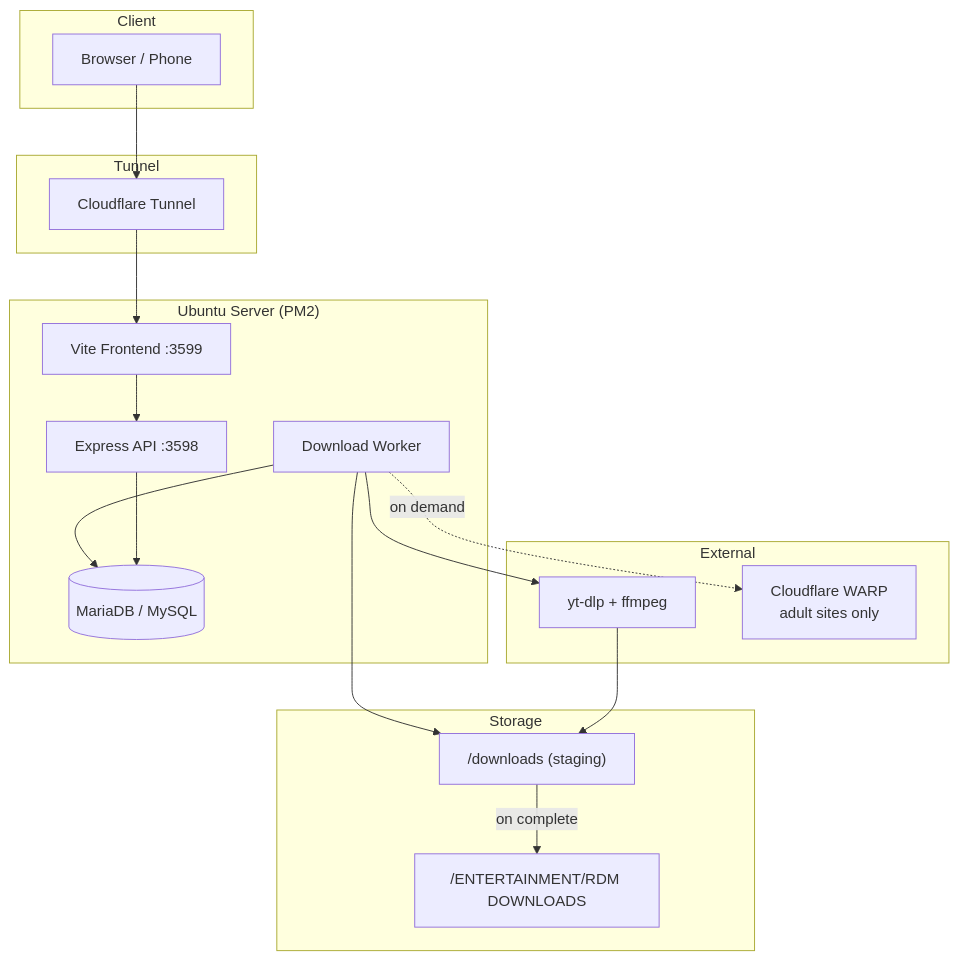
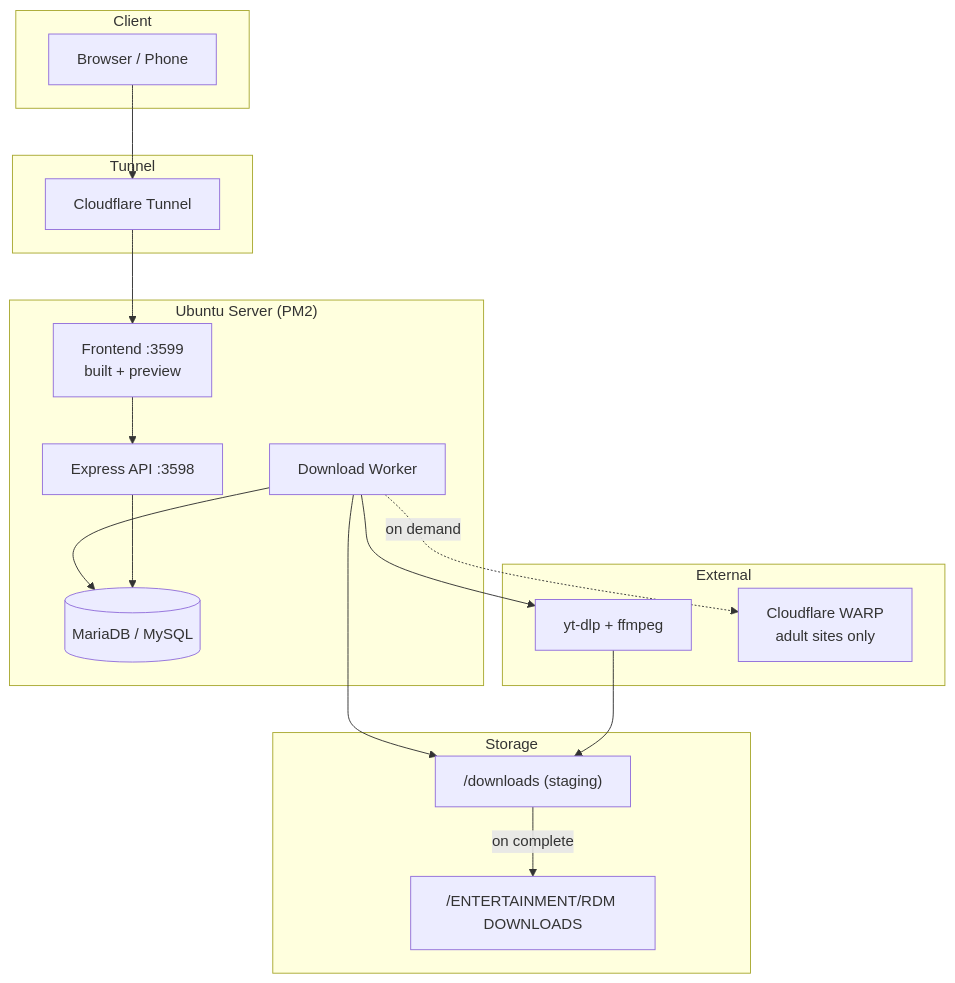
One commit to TechVatika/RDM---Remote-Download-Manager changed the diagram in README.md. Above: the diagram before and after it, drawn with Mermaid. The commit also changed other lines of this file and 5 other files, not shown here.

````diff
--- a/README.md
+++ b/README.md
@@ -79,37 +79,37 @@
 ```mermaid
 flowchart TB
     subgraph Client
         Browser[Browser / Phone]
     end
 
     subgraph Tunnel
         CF[Cloudflare Tunnel]
     end
 
     subgraph Server["Ubuntu Server (PM2)"]
-        FE[Vite Frontend :3599]
+        FE[Frontend :3599<br/>built + preview]
         API[Express API :3598]
         WK[Download Worker]
         DB[(MariaDB / MySQL)]
     end
 
     subgraph Storage
         TMP["/downloads (staging)"]
         FINAL["/ENTERTAINMENT/RDM DOWNLOADS"]
     end
 
     subgraph External
         YTDLP[yt-dlp + ffmpeg]
         WARP[Cloudflare WARP<br/>adult sites only]
     end
 
     Browser --> CF --> FE
     FE --> API
     API --> DB
     WK --> DB
     WK --> YTDLP
     WK -.->|on demand| WARP
     YTDLP --> TMP
     WK --> TMP
     TMP -->|on complete| FINAL
 ```
````
